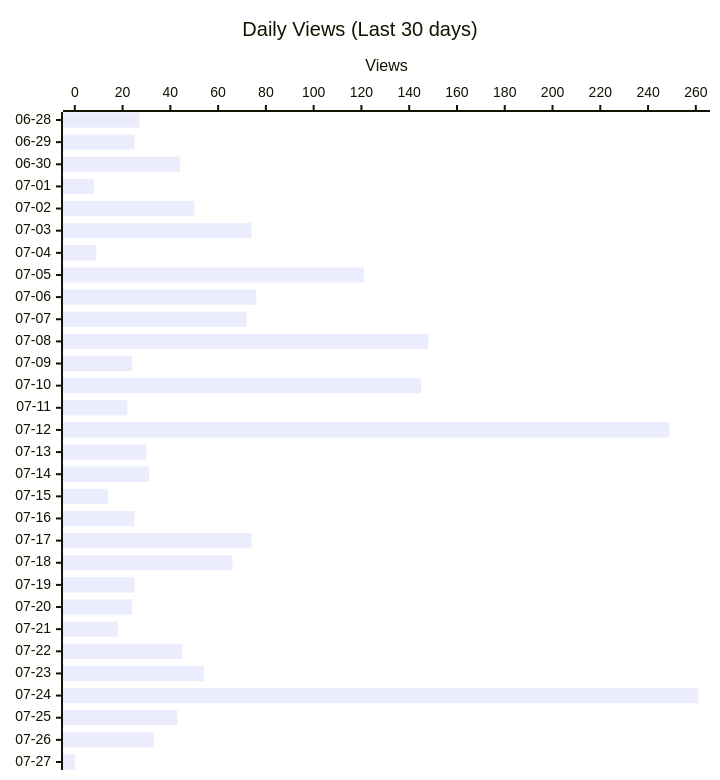
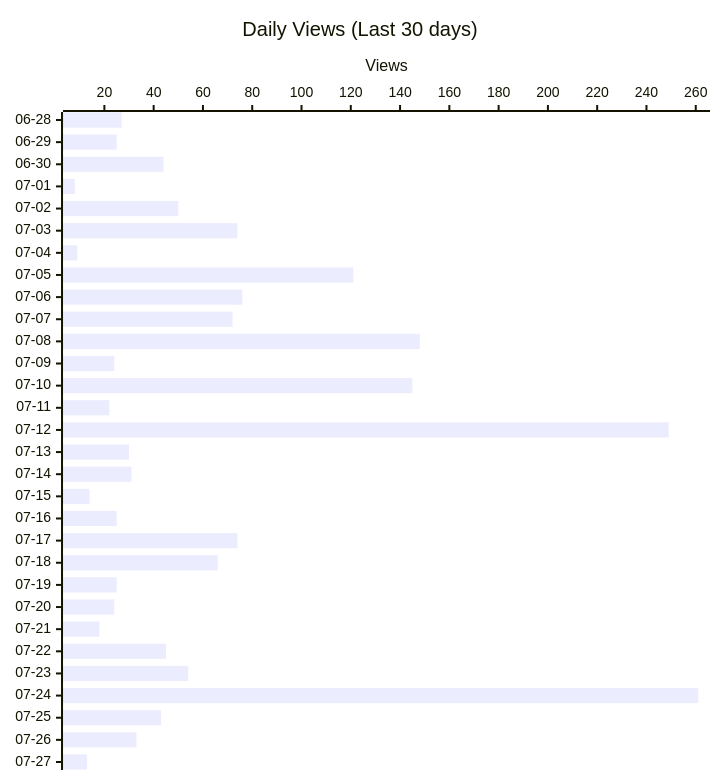
Before and after one commit to shigechika/github-insights: the second of 4 diagrams in README.md, drawn with Mermaid. The commit also changed other lines of this file and 2 other files, not shown here.

````diff
--- a/README.md
+++ b/README.md
@@ -28,12 +28,12 @@
 ```mermaid
 ---
 config:
   xyChart:
     height: 760
 ---
 xychart-beta horizontal
     title "Daily Views (Last 30 days)"
     x-axis ["06-28", "06-29", "06-30", "07-01", "07-02", "07-03", "07-04", "07-05", "07-06", "07-07", "07-08", "07-09", "07-10", "07-11", "07-12", "07-13", "07-14", "07-15", "07-16", "07-17", "07-18", "07-19", "07-20", "07-21", "07-22", "07-23", "07-24", "07-25", "07-26", "07-27"]
     y-axis "Views"
-    bar [27, 25, 44, 8, 50, 74, 9, 121, 76, 72, 148, 24, 145, 22, 249, 30, 31, 14, 25, 74, 66, 25, 24, 18, 45, 54, 261, 43, 33, 0]
+    bar [27, 25, 44, 8, 50, 74, 9, 121, 76, 72, 148, 24, 145, 22, 249, 30, 31, 14, 25, 74, 66, 25, 24, 18, 45, 54, 261, 43, 33, 13]
 ```
````
